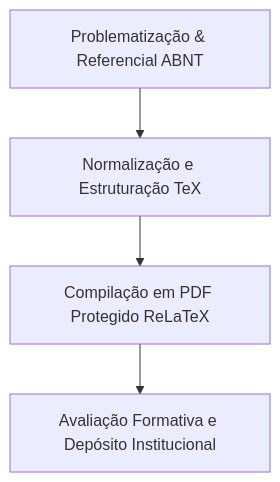
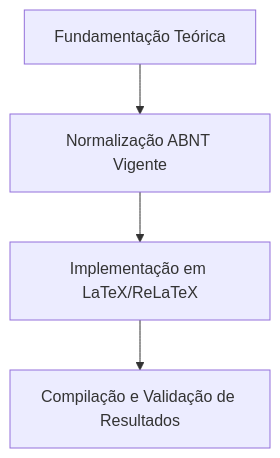
The diagram in content/pt-br/resource/latex/aula-01-epistemologia-problematizacao-e-hipoteses.md (pedroiff0/page), drawn with Mermaid before and after one commit. The commit also changed other lines of this file and 20 other files, not shown here.

````diff
--- a/content/pt-br/resource/latex/aula-01-epistemologia-problematizacao-e-hipoteses.md
+++ b/content/pt-br/resource/latex/aula-01-epistemologia-problematizacao-e-hipoteses.md
@@ -35,6 +58,6 @@
 ```mermaid
 flowchart TD
-    A[Problematização & Referencial ABNT] --> B[Normalização e Estruturação TeX]
-    B --> C[Compilação em PDF Protegido ReLaTeX]
-    C --> D[Avaliação Formativa e Depósito Institucional]
+    A[Fundamentação Teórica] --> B[Normalização ABNT Vigente]
+    B --> C[Implementação em LaTeX/ReLaTeX]
+    C --> D[Compilação e Validação de Resultados]
 ```
````
